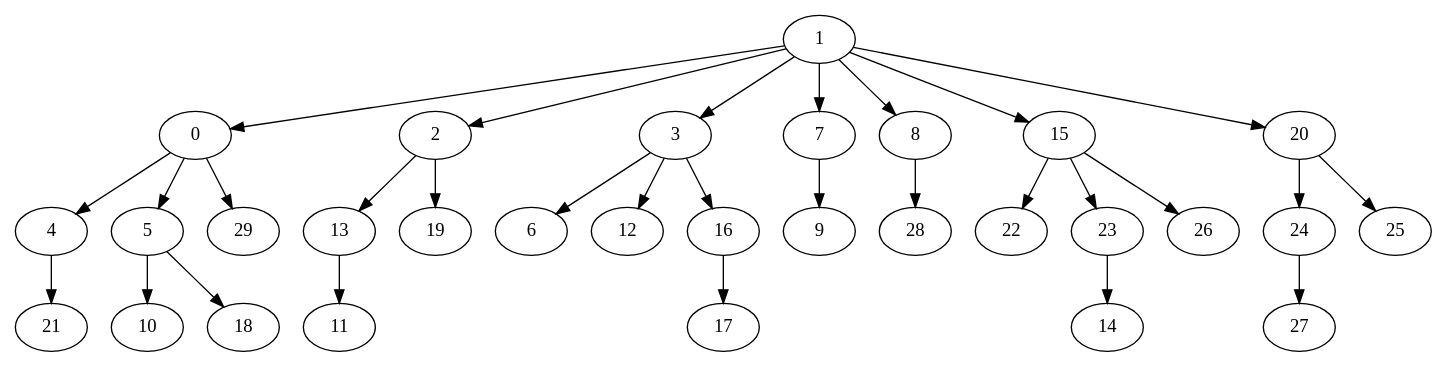
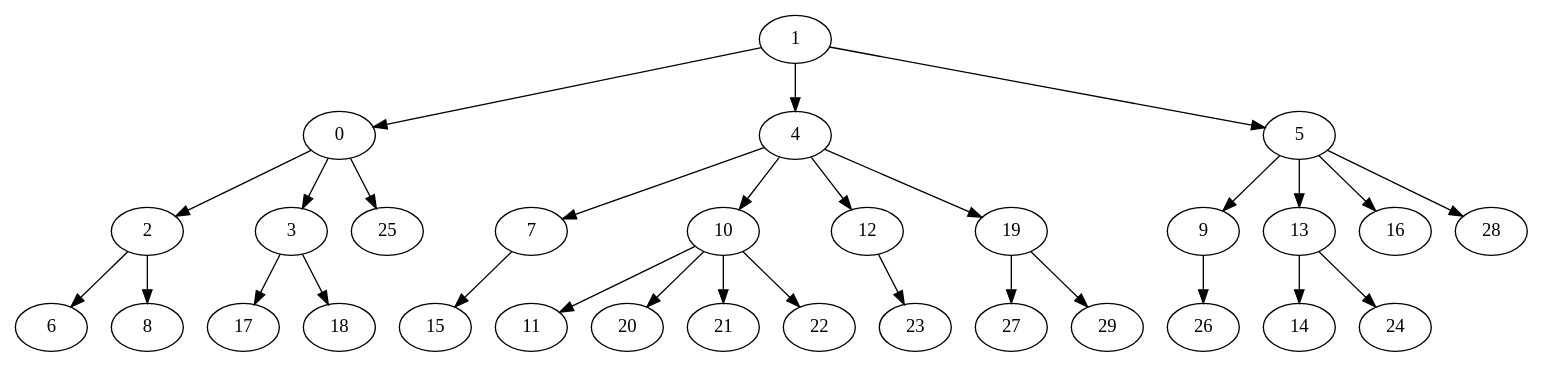
One commit to GusRojas/Grafos2DAA_A24 changed the diagram in arbol_bfs_barabasi30.gv. Above: the diagram before and after it, drawn with Graphviz. The commit also changed 41 other files, not shown here.

```diff
--- a/arbol_bfs_barabasi30.gv
+++ b/arbol_bfs_barabasi30.gv
@@ -1,31 +1,31 @@
 digraph {
   1 -> 0;
-  1 -> 2;
-  1 -> 3;
-  1 -> 7;
-  1 -> 8;
-  1 -> 15;
-  1 -> 20;
-  0 -> 4;
-  0 -> 5;
-  0 -> 29;
-  2 -> 13;
-  2 -> 19;
-  3 -> 6;
-  3 -> 12;
-  3 -> 16;
-  7 -> 9;
-  8 -> 28;
-  15 -> 22;
-  15 -> 23;
-  15 -> 26;
-  20 -> 24;
-  20 -> 25;
-  4 -> 21;
-  5 -> 10;
-  5 -> 18;
-  13 -> 11;
-  16 -> 17;
-  23 -> 14;
-  24 -> 27;
+  1 -> 4;
+  1 -> 5;
+  0 -> 2;
+  0 -> 3;
+  0 -> 25;
+  4 -> 7;
+  4 -> 10;
+  4 -> 12;
+  4 -> 19;
+  5 -> 9;
+  5 -> 13;
+  5 -> 16;
+  5 -> 28;
+  2 -> 6;
+  2 -> 8;
+  3 -> 17;
+  3 -> 18;
+  7 -> 15;
+  10 -> 11;
+  10 -> 20;
+  10 -> 21;
+  10 -> 22;
+  12 -> 23;
+  19 -> 27;
+  19 -> 29;
+  9 -> 26;
+  13 -> 14;
+  13 -> 24;
 }
```
